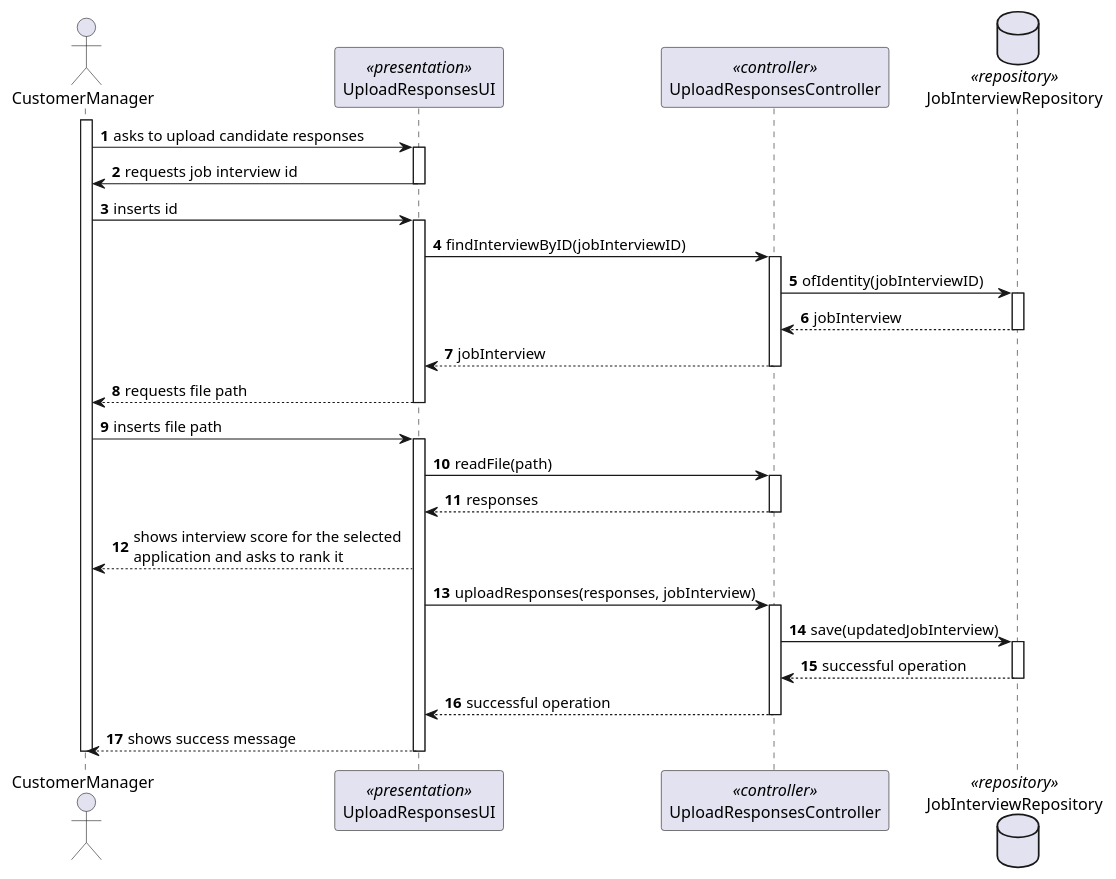
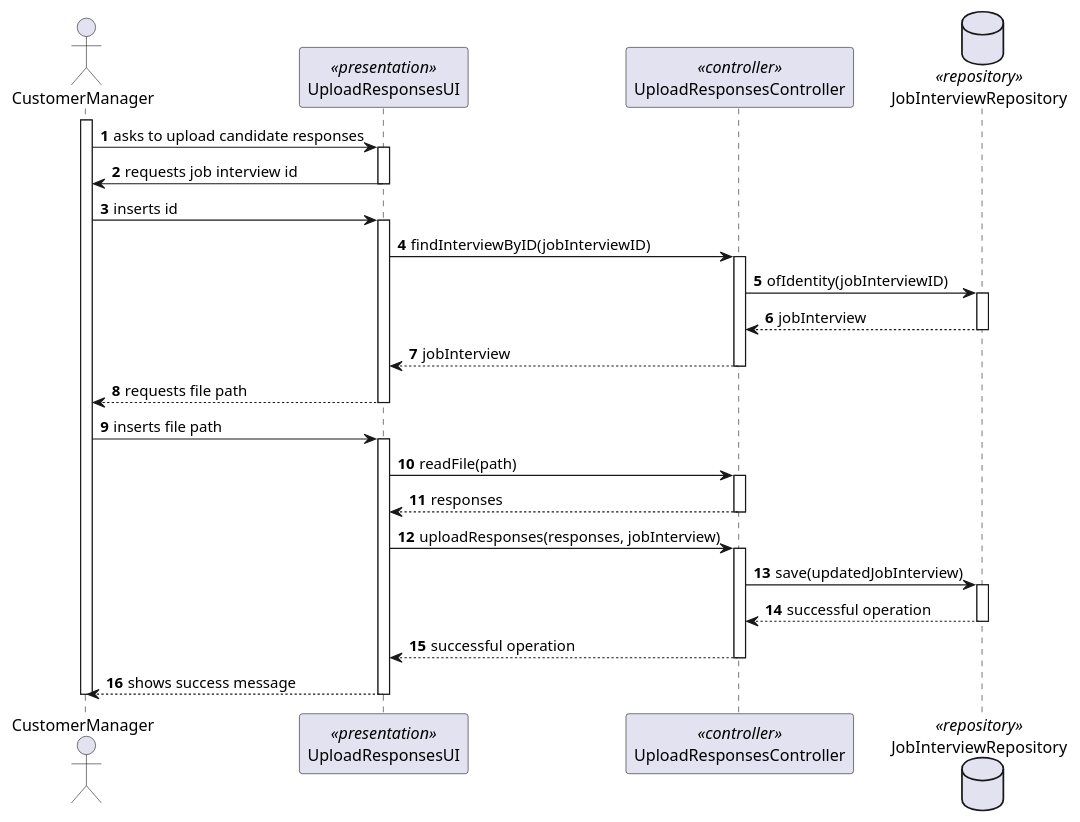
Before and after one commit to MiguelCardoso77/LAPR4: the diagram in docs/SprintC/upload-text-file-with-responses/sequence-diagram.puml, drawn with PlantUML. The commit also changed 1 other file, not shown here.

```diff
--- a/docs/SprintC/upload-text-file-with-responses/sequence-diagram.puml
+++ b/docs/SprintC/upload-text-file-with-responses/sequence-diagram.puml
@@ -1,65 +1,63 @@
 @startuml
 autonumber
 
 actor CustomerManager
 
 participant UploadResponsesUI <<presentation>>
 participant UploadResponsesController <<controller>>
 
 database JobInterviewRepository <<repository>>
 
 activate CustomerManager
 
     CustomerManager -> UploadResponsesUI : asks to upload candidate responses
     activate UploadResponsesUI
 
         UploadResponsesUI -> CustomerManager : requests job interview id
     deactivate UploadResponsesUI
 
     CustomerManager -> UploadResponsesUI : inserts id
     activate UploadResponsesUI
 
         UploadResponsesUI -> UploadResponsesController : findInterviewByID(jobInterviewID)
         activate UploadResponsesController
 
             UploadResponsesController -> JobInterviewRepository : ofIdentity(jobInterviewID)
             activate JobInterviewRepository
 
                 JobInterviewRepository --> UploadResponsesController : jobInterview
             deactivate JobInterviewRepository
 
             UploadResponsesController --> UploadResponsesUI : jobInterview
         deactivate UploadResponsesController
 
         UploadResponsesUI --> CustomerManager : requests file path
     deactivate UploadResponsesUI
 
     CustomerManager -> UploadResponsesUI : inserts file path
     activate UploadResponsesUI
 
         UploadResponsesUI -> UploadResponsesController : readFile(path)
         activate UploadResponsesController
 
             UploadResponsesController --> UploadResponsesUI : responses
         deactivate UploadResponsesController
 
-        UploadResponsesUI --> CustomerManager : shows interview score for the selected \napplication and asks to rank it
-
         UploadResponsesUI -> UploadResponsesController : uploadResponses(responses, jobInterview)
         activate UploadResponsesController
 
             UploadResponsesController -> JobInterviewRepository : save(updatedJobInterview)
             activate JobInterviewRepository
 
                 JobInterviewRepository --> UploadResponsesController : successful operation
             deactivate JobInterviewRepository
 
             UploadResponsesController --> UploadResponsesUI : successful operation
         deactivate UploadResponsesController
 
         UploadResponsesUI --> CustomerManager : shows success message
     deactivate UploadResponsesUI
 
 deactivate CustomerManager
 
 @enduml
```
